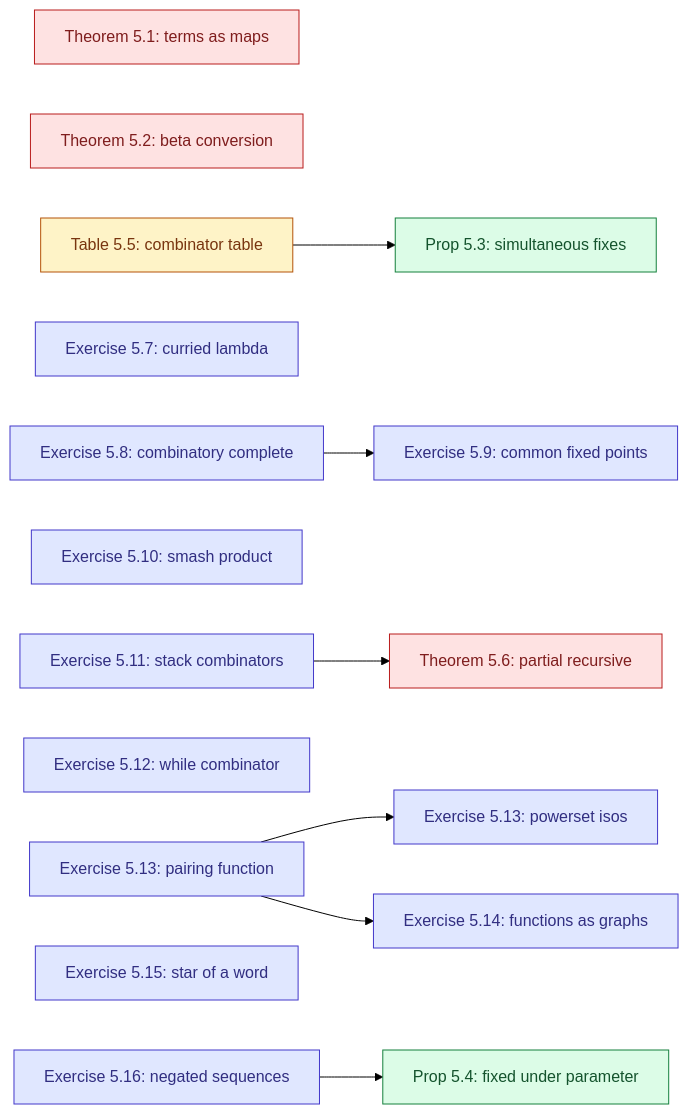
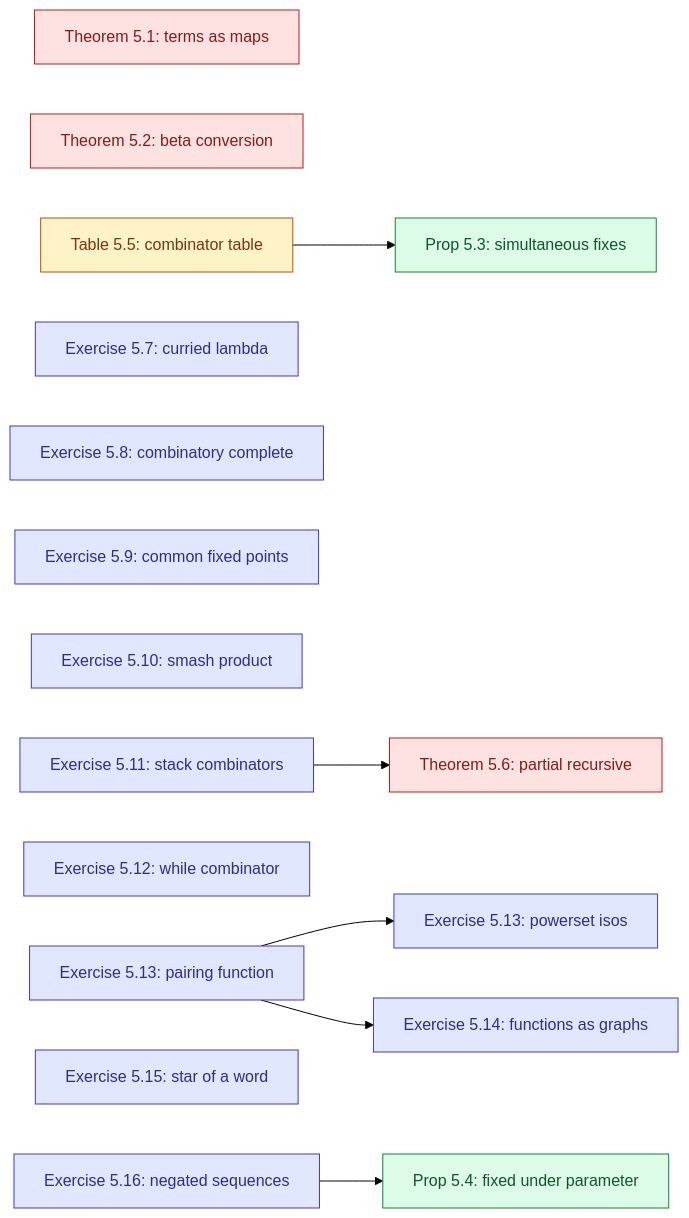
The diagram in DomainTheory/NeighbourhoodSystems/TypedLambdaCalculus/1980_Typed_lambda-calculus.mermaid (catskillsresearch/DomainTheory), drawn with Mermaid (forest theme) before and after one commit. The commit also changed 18 other files, not shown here.

```diff
--- a/DomainTheory/NeighbourhoodSystems/TypedLambdaCalculus/1980_Typed_lambda-calculus.mermaid
+++ b/DomainTheory/NeighbourhoodSystems/TypedLambdaCalculus/1980_Typed_lambda-calculus.mermaid
@@ -1,53 +1,52 @@
 %% Each box is one item. The arrowhead is on the item that imports.
 %% An arrow already implied by a longer path is omitted.
 %% The introduction has no Lean file, so it is not shown.
 %%{init: {"flowchart": {"wrappingWidth": 2000}}}%%
 flowchart LR
 
   Theorem_5_1["Theorem 5.1: terms as maps"]
   Theorem_5_2["Theorem 5.2: beta conversion"]
   Proposition_5_3["Prop 5.3: simultaneous fixes"]
   Proposition_5_4["Prop 5.4: fixed under parameter"]
   Table_5_5["Table 5.5: combinator table"]
   Theorem_5_6["Theorem 5.6: partial recursive"]
   Exercise_5_7["Exercise 5.7: curried lambda"]
   Exercise_5_8["Exercise 5.8: combinatory complete"]
   Exercise_5_9["Exercise 5.9: common fixed points"]
   Exercise_5_10["Exercise 5.10: smash product"]
   Exercise_5_11["Exercise 5.11: stack combinators"]
   Exercise_5_12["Exercise 5.12: while combinator"]
   Exercise_5_13["Exercise 5.13: pairing function"]
   Exercise_5_13b["Exercise 5.13: powerset isos"]
   Exercise_5_14["Exercise 5.14: functions as graphs"]
   Exercise_5_15["Exercise 5.15: star of a word"]
   Exercise_5_16["Exercise 5.16: negated sequences"]
 
   Table_5_5 --> Proposition_5_3
   Exercise_5_16 --> Proposition_5_4
   Exercise_5_11 --> Theorem_5_6
-  Exercise_5_8 --> Exercise_5_9
   Exercise_5_13 --> Exercise_5_13b
   Exercise_5_13 --> Exercise_5_14
 
   classDef cprop fill:#dcfce7,stroke:#15803d,color:#14532d
   classDef cexs fill:#fef3c7,stroke:#b45309,color:#78350f
   classDef cex fill:#e0e7ff,stroke:#4338ca,color:#312e81
   classDef cthm fill:#fee2e2,stroke:#b91c1c,color:#7f1d1d
 
   class Theorem_5_1 cthm
   class Theorem_5_2 cthm
   class Proposition_5_3 cprop
   class Proposition_5_4 cprop
   class Table_5_5 cexs
   class Theorem_5_6 cthm
   class Exercise_5_7 cex
   class Exercise_5_8 cex
   class Exercise_5_9 cex
   class Exercise_5_10 cex
   class Exercise_5_11 cex
   class Exercise_5_12 cex
   class Exercise_5_13 cex
   class Exercise_5_13b cex
   class Exercise_5_14 cex
   class Exercise_5_15 cex
   class Exercise_5_16 cex
```
